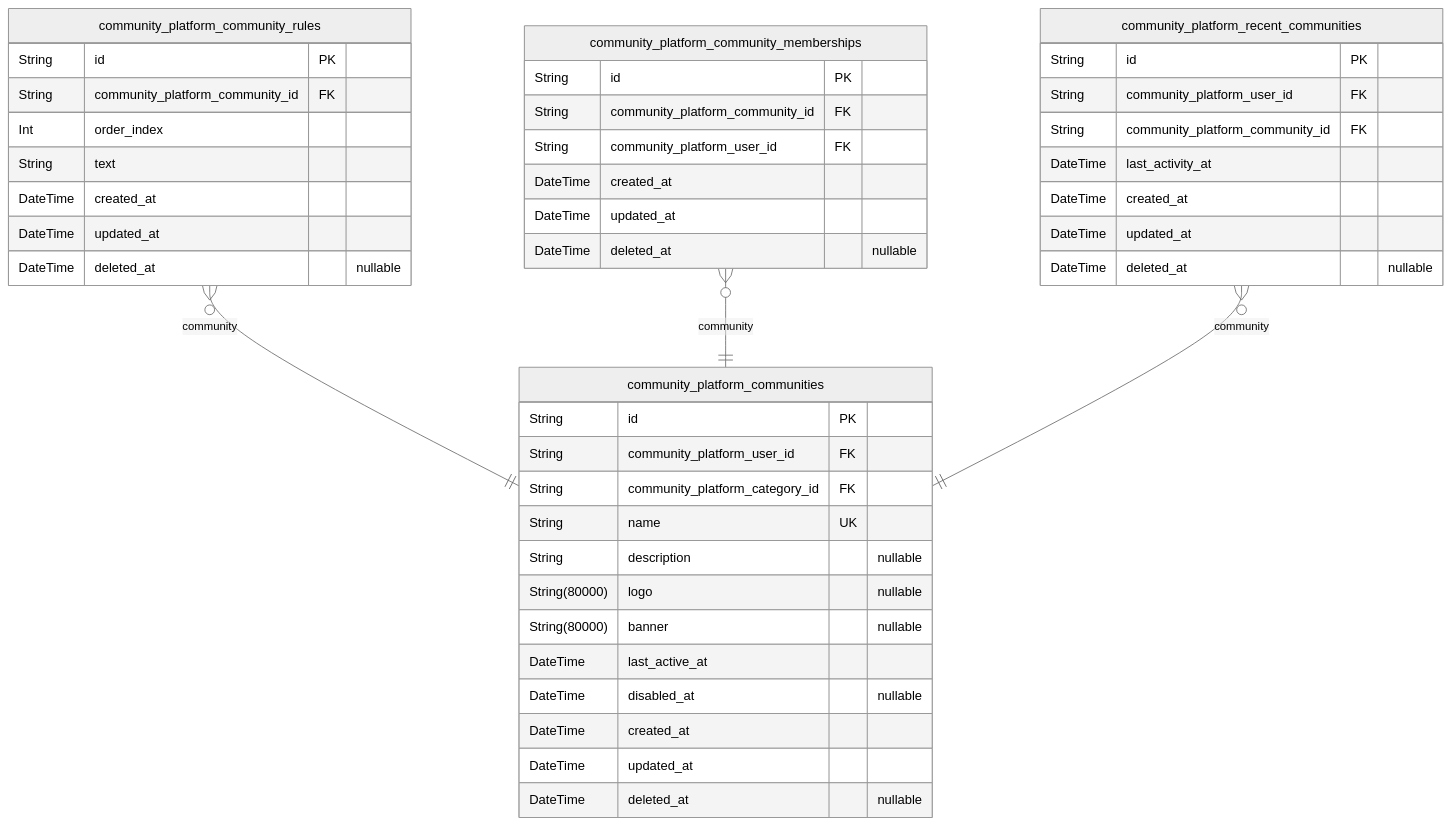
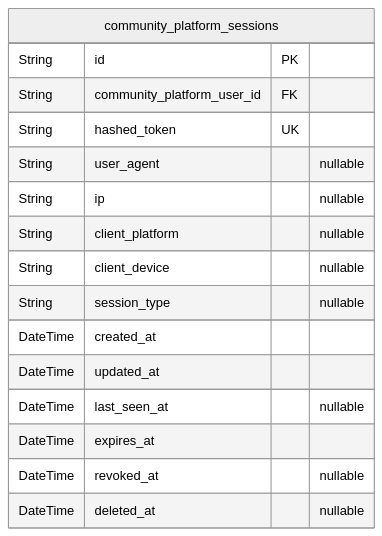
The second of 6 diagrams in docs/ERD.md (wrtnlabs/autobe-example-reddit-openai-gpt-5), drawn with Mermaid (neutral theme) before and after one commit. The commit also changed other lines of this file and 721 other files, not shown here.

````diff
--- a/docs/ERD.md
+++ b/docs/ERD.md
@@ -386,46 +164,19 @@
 ```mermaid
 erDiagram
-"community_platform_communities" {
+"community_platform_sessions" {
   String id PK
   String community_platform_user_id FK
-  String community_platform_category_id FK
-  String name UK
-  String description "nullable"
-  String(80000) logo "nullable"
-  String(80000) banner "nullable"
-  DateTime last_active_at
-  DateTime disabled_at "nullable"
+  String hashed_token UK
+  String user_agent "nullable"
+  String ip "nullable"
+  String client_platform "nullable"
+  String client_device "nullable"
+  String session_type "nullable"
   DateTime created_at
   DateTime updated_at
+  DateTime last_seen_at "nullable"
+  DateTime expires_at
+  DateTime revoked_at "nullable"
   DateTime deleted_at "nullable"
 }
-"community_platform_community_rules" {
-  String id PK
-  String community_platform_community_id FK
-  Int order_index
-  String text
-  DateTime created_at
-  DateTime updated_at
-  DateTime deleted_at "nullable"
-}
-"community_platform_community_memberships" {
-  String id PK
-  String community_platform_community_id FK
-  String community_platform_user_id FK
-  DateTime created_at
-  DateTime updated_at
-  DateTime deleted_at "nullable"
-}
-"community_platform_recent_communities" {
-  String id PK
-  String community_platform_user_id FK
-  String community_platform_community_id FK
-  DateTime last_activity_at
-  DateTime created_at
-  DateTime updated_at
-  DateTime deleted_at "nullable"
-}
-"community_platform_community_rules" }o--|| "community_platform_communities" : community
-"community_platform_community_memberships" }o--|| "community_platform_communities" : community
-"community_platform_recent_communities" }o--|| "community_platform_communities" : community
 ```
````
